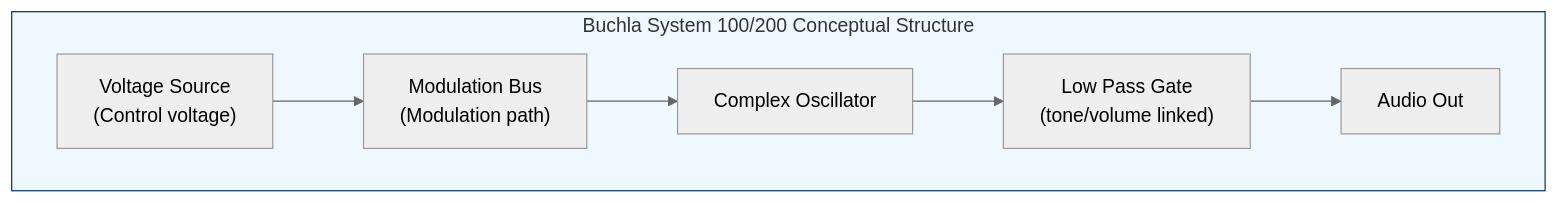
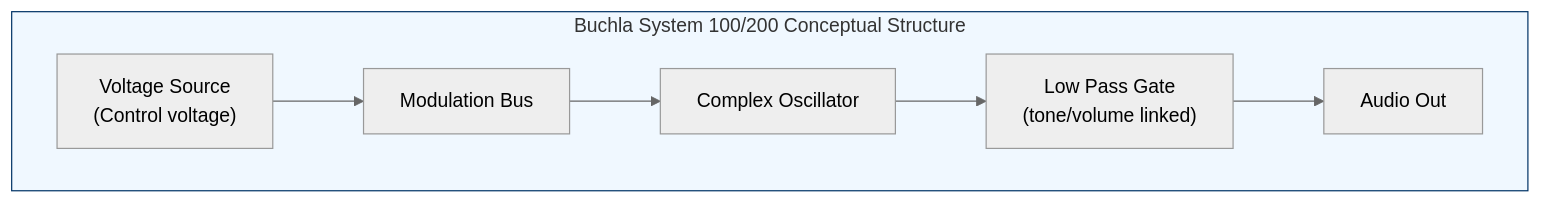
The first of 2 diagrams in en/_posts/2025-10-25-column-buchla-serge.md (monumental-movement/monumental-movement.github.io), drawn with Mermaid (neutral theme) before and after one commit. The commit also changed other lines of this file and 380 other files, not shown here.

```diff
--- a/en/_posts/2025-10-25-column-buchla-serge.md
+++ b/en/_posts/2025-10-25-column-buchla-serge.md
@@ -67,13 +67,13 @@
 <div class="mermaid">
 
 flowchart LR
   subgraph Buchla_System["Buchla System 100/200 Conceptual Structure"]
     direction LR
-    CV["Voltage Source<br>(Control voltage)"] --> MOD["Modulation Bus<br>(Modulation path)"]
+    CV["Voltage Source<br>(Control voltage)"] --> MOD["Modulation Bus<br>"]
     MOD --> OSC["Complex Oscillator<br>"]
     OSC --> LPG["Low Pass Gate<br>(tone/volume linked)"]
     LPG --> OUT["Audio Out"]
   end
   style Buchla_System fill:#f0f8ff,stroke:#003366,stroke-width:1px;
 
 </div>
```
